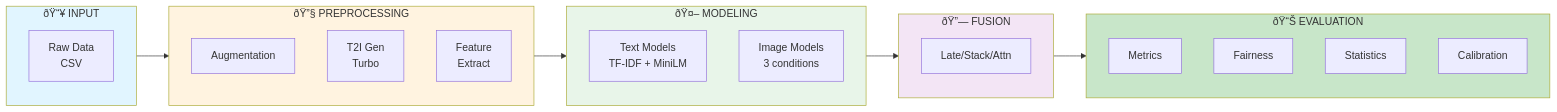
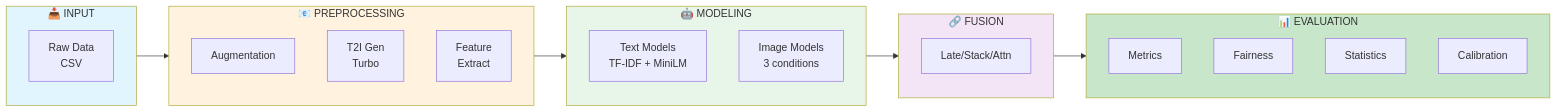
One commit to anonymous5987169-sys/COUNTER-HATE-Multimodal-Counterfactual-Augmentation-for-Bias-Aware-Hate-Speech-Detection changed the third of 9 diagrams in Docs/Architectures.md. Above: the diagram before and after it, drawn with Mermaid. The commit also changed other lines of this file, not shown here.

````diff
--- a/Docs/Architectures.md
+++ b/Docs/Architectures.md
@@ -145,39 +146,39 @@
 ```mermaid
 graph LR
-    subgraph INPUT ["ðŸ“¥ INPUT"]
+    subgraph INPUT ["📥 INPUT"]
         A["Raw Data<br/>CSV"]
     end
     
-    subgraph PREP ["ðŸ”§ PREPROCESSING"]
+    subgraph PREP ["📧 PREPROCESSING"]
         B["Augmentation"]
         C["T2I Gen<br/>Turbo"]
         D["Feature<br/>Extract"]
     end
     
-    subgraph MODEL ["ðŸ¤– MODELING"]
+    subgraph MODEL ["🤖 MODELING"]
         E["Text Models<br/>TF-IDF + MiniLM"]
         F["Image Models<br/>3 conditions"]
     end
     
-    subgraph FUSION ["ðŸ”— FUSION"]
+    subgraph FUSION ["🔗 FUSION"]
         G["Late/Stack/Attn"]
     end
     
-    subgraph EVAL ["ðŸ“Š EVALUATION"]
+    subgraph EVAL ["📊 EVALUATION"]
         H["Metrics"]
         I["Fairness"]
         J["Statistics"]
         K["Calibration"]
     end
     
     INPUT --> PREP
     PREP --> MODEL
     MODEL --> FUSION
     FUSION --> EVAL
     
     style INPUT fill:#e1f5ff
     style PREP fill:#fff3e0
     style MODEL fill:#e8f5e9
     style FUSION fill:#f3e5f5
     style EVAL fill:#c8e6c9
 ```
````
